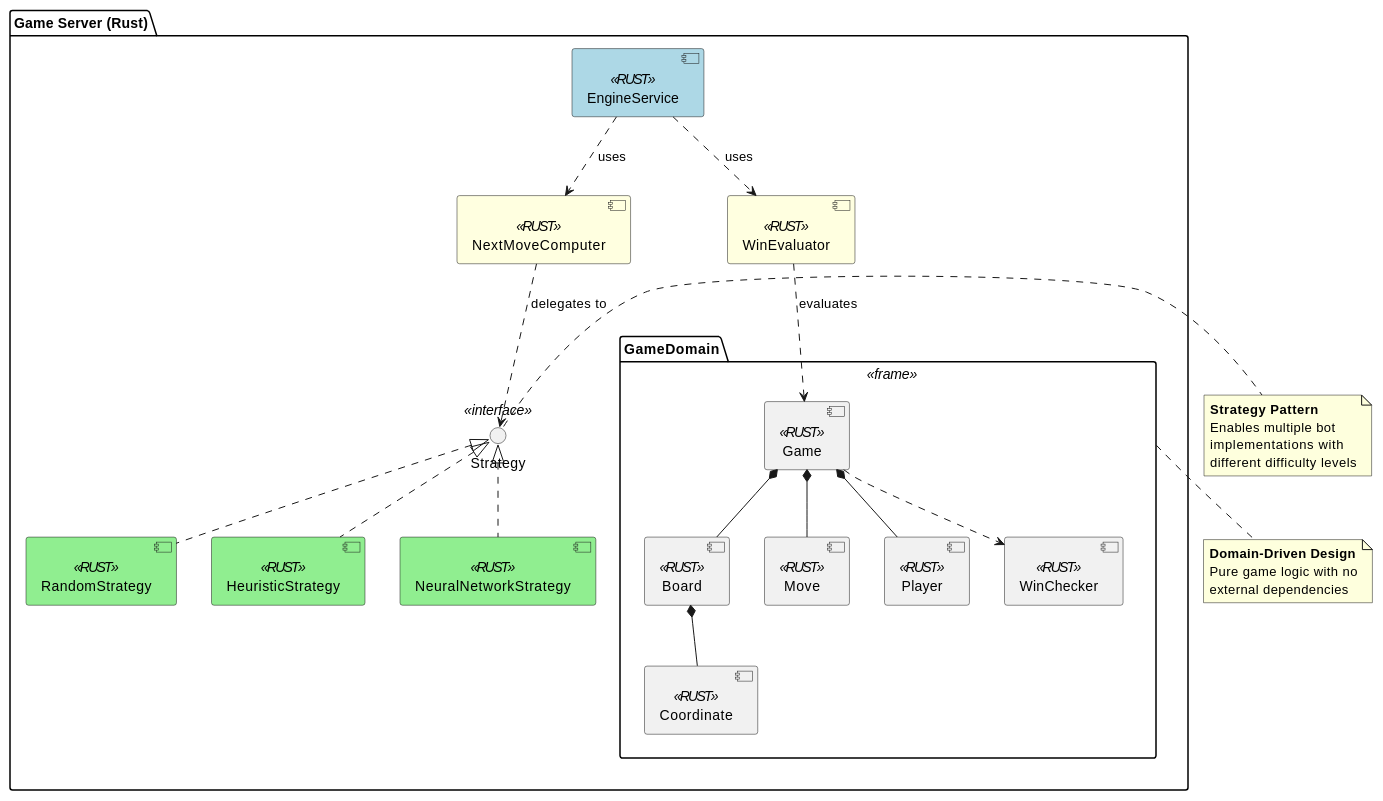
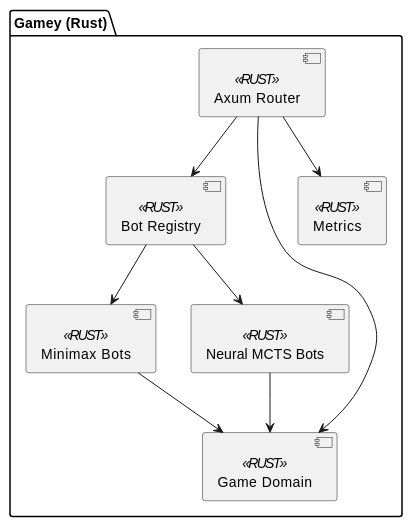
One commit to Arquisoft/yovi_es1c changed the fifth of 5 diagrams in docs/src/05_building_block_view.adoc. Above: the diagram before and after it, drawn with PlantUML. The commit also changed other lines of this file and 10 other files, not shown here.

```diff
--- a/docs/src/05_building_block_view.adoc
+++ b/docs/src/05_building_block_view.adoc
@@ -575,55 +433,22 @@
-[plantuml, level2-gameserver, png]
+[plantuml, level2-gamey, png]
 ----
 @startuml
-package "Game Server (Rust)" {
-
-  component [EngineService] <<RUST>> #LightBlue
-  component [NextMoveComputer] <<RUST>> #LightYellow
-  component [WinEvaluator] <<RUST>> #LightYellow
-
-  interface "Strategy" as IStrategy <<interface>>
-  component [RandomStrategy] <<RUST>> #LightGreen
-  component [HeuristicStrategy] <<RUST>> #LightGreen
-  component [NeuralNetworkStrategy] <<RUST>> #LightGreen
-
-  package "GameDomain" <<frame>> {
-    component [Game] <<RUST>>
-    component [Board] <<RUST>>
-    component [Move] <<RUST>>
-    component [Player] <<RUST>>
-    component [Coordinate] <<RUST>>
-    component [WinChecker] <<RUST>>
-  }
+package "Gamey (Rust)" {
+  component [Axum Router] <<RUST>>
+  component [Bot Registry] <<RUST>>
+  component [Minimax Bots] <<RUST>>
+  component [Neural MCTS Bots] <<RUST>>
+  component [Game Domain] <<RUST>>
+  component [Metrics] <<RUST>>
 }
 
-[EngineService] ..> [NextMoveComputer] : uses
-[EngineService] ..> [WinEvaluator] : uses
-
-[NextMoveComputer] ..> IStrategy : delegates to
-[WinEvaluator] ..> [Game] : evaluates
-
-IStrategy <|.. [RandomStrategy]
-IStrategy <|.. [HeuristicStrategy]
-IStrategy <|.. [NeuralNetworkStrategy]
-
-[Game] *-- [Board]
-[Game] *-- [Move]
-[Game] *-- [Player]
-[Board] *-- [Coordinate]
-[Game] ..> [WinChecker]
-
-note right of IStrategy
-  **Strategy Pattern**
-  Enables multiple bot
-  implementations with
-  different difficulty levels
-end note
-
-note bottom of GameDomain
-  **Domain-Driven Design**
-  Pure game logic with no
-  external dependencies
-end note
+[Axum Router] --> [Bot Registry]
+[Axum Router] --> [Game Domain]
+[Axum Router] --> [Metrics]
+[Bot Registry] --> [Minimax Bots]
+[Bot Registry] --> [Neural MCTS Bots]
+[Minimax Bots] --> [Game Domain]
+[Neural MCTS Bots] --> [Game Domain]
 
 @enduml
 ----
```
